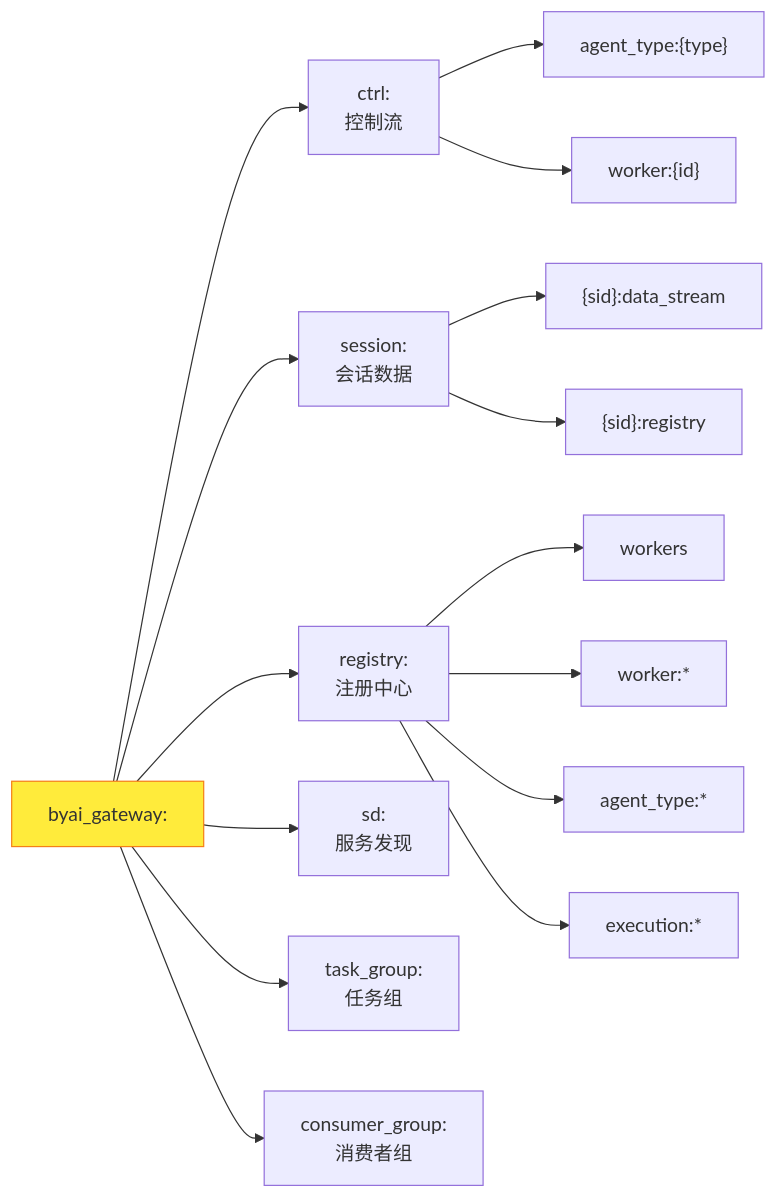
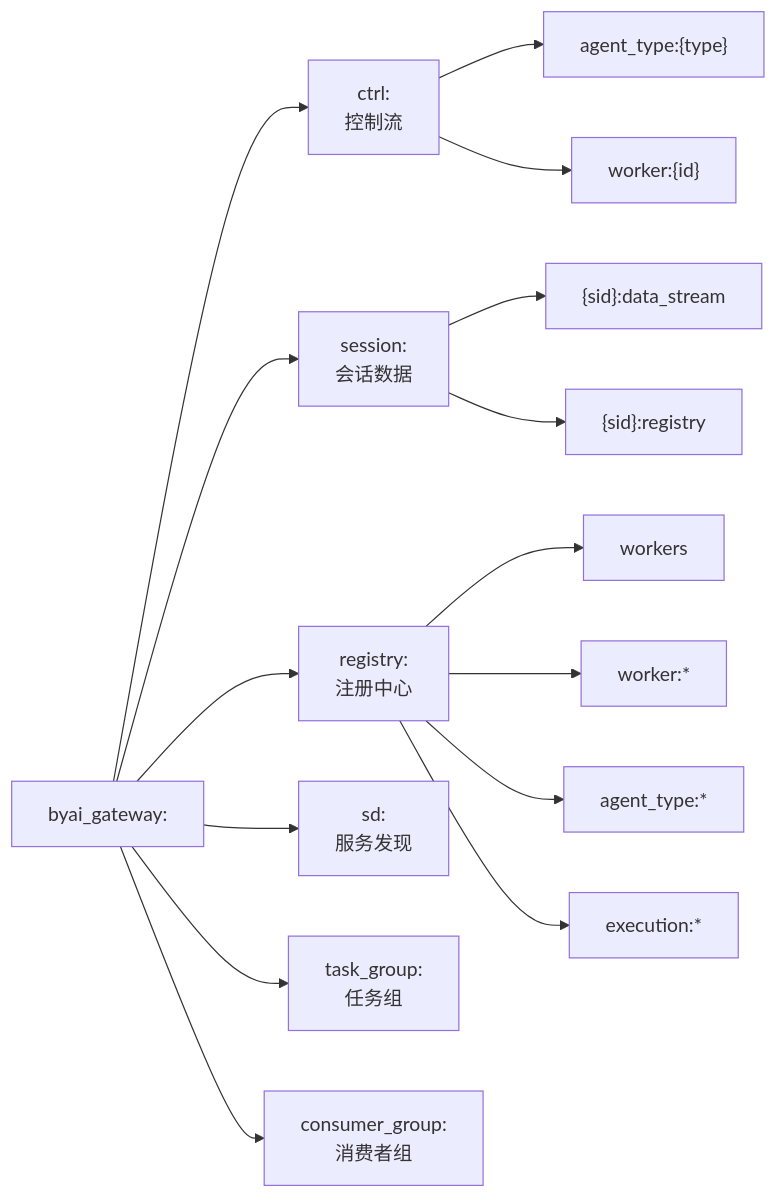
One commit to beyonai/by-framework-docs changed the fourth of 4 diagrams in docs/architecture/redis-streams.md. Above: the diagram before and after it, drawn with Mermaid. The commit also changed other lines of this file and 46 other files, not shown here.

````diff
--- a/docs/architecture/redis-streams.md
+++ b/docs/architecture/redis-streams.md
@@ -174,24 +172,23 @@
 ```mermaid
 graph LR
     Root["byai_gateway:"]
 
     Root --> ctrl["ctrl:<br/>控制流"]
     Root --> session["session:<br/>会话数据"]
     Root --> registry["registry:<br/>注册中心"]
     Root --> sd["sd:<br/>服务发现"]
     Root --> task_group["task_group:<br/>任务组"]
     Root --> consumer_group["consumer_group:<br/>消费者组"]
 
     ctrl --> ctrl_at["agent_type:{type}"]
     ctrl --> ctrl_wk["worker:{id}"]
 
     session --> sess_ds["{sid}:data_stream"]
     session --> sess_reg["{sid}:registry"]
 
     registry --> reg_workers["workers"]
     registry --> reg_worker["worker:*"]
     registry --> reg_at["agent_type:*"]
     registry --> reg_exec["execution:*"]
 
-    style Root fill:#ffeb3b,stroke:#f57f17
 ```
````
